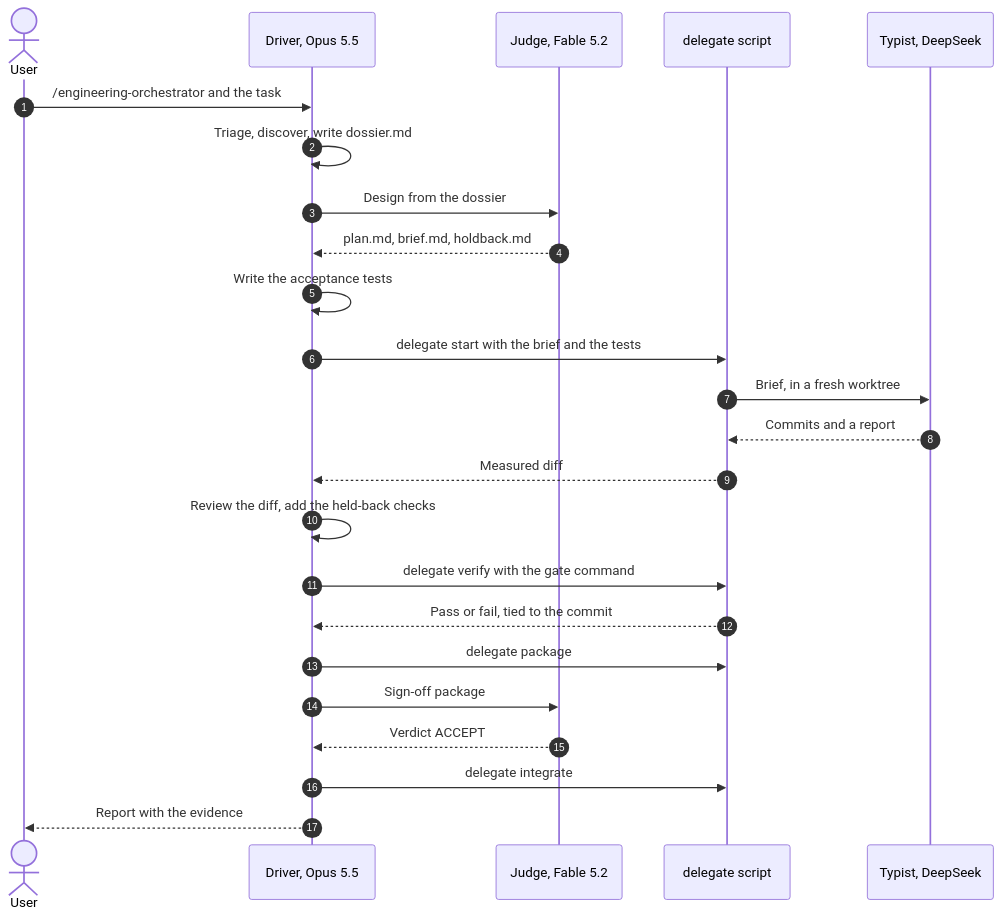
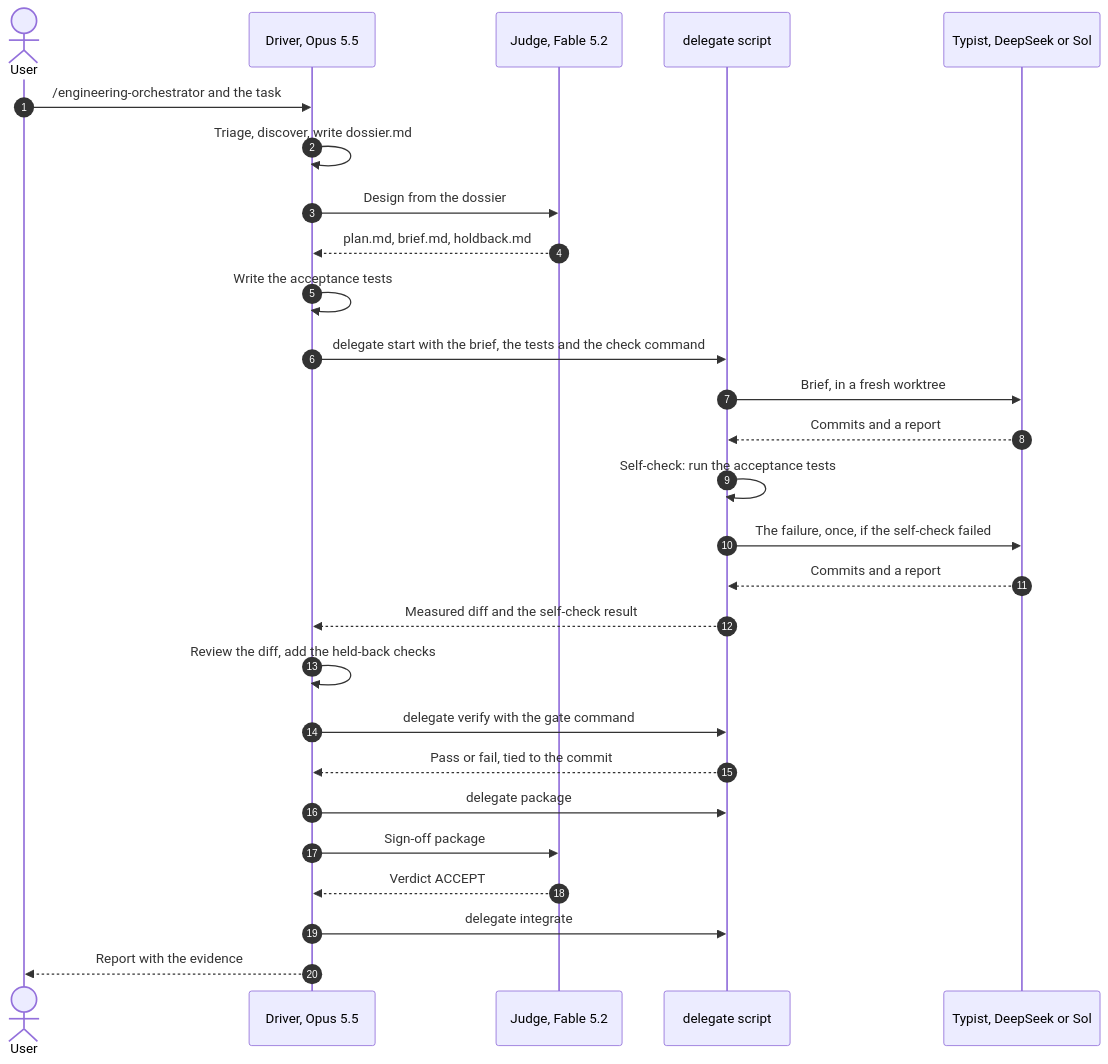
The second of 2 diagrams in README.md (joshuachuaaa/claude-deepseek-orchestrator-workflow), drawn with Mermaid before and after one commit. The commit also changed other lines of this file and 7 other files, not shown here.

First line of the commit message:
Add GPT-6.2 Sol as a second typist, with an effort ladder and a self-check

````diff
--- a/README.md
+++ b/README.md
@@ -91,27 +93,30 @@
 ```mermaid
 sequenceDiagram
     autonumber
     actor User
     participant D as Driver, Opus 5.5
     participant J as Judge, Fable 5.2
     participant S as delegate script
-    participant W as Typist, DeepSeek
+    participant W as Typist, DeepSeek or Sol
 
     User->>D: /engineering-orchestrator and the task
     D->>D: Triage, discover, write dossier.md
     D->>J: Design from the dossier
     J-->>D: plan.md, brief.md, holdback.md
     D->>D: Write the acceptance tests
-    D->>S: delegate start with the brief and the tests
+    D->>S: delegate start with the brief, the tests and the check command
     S->>W: Brief, in a fresh worktree
     W-->>S: Commits and a report
-    S-->>D: Measured diff
+    S->>S: Self-check: run the acceptance tests
+    S->>W: The failure, once, if the self-check failed
+    W-->>S: Commits and a report
+    S-->>D: Measured diff and the self-check result
     D->>D: Review the diff, add the held-back checks
     D->>S: delegate verify with the gate command
     S-->>D: Pass or fail, tied to the commit
     D->>S: delegate package
     D->>J: Sign-off package
     J-->>D: Verdict ACCEPT
     D->>S: delegate integrate
     D-->>User: Report with the evidence
 ```
````
